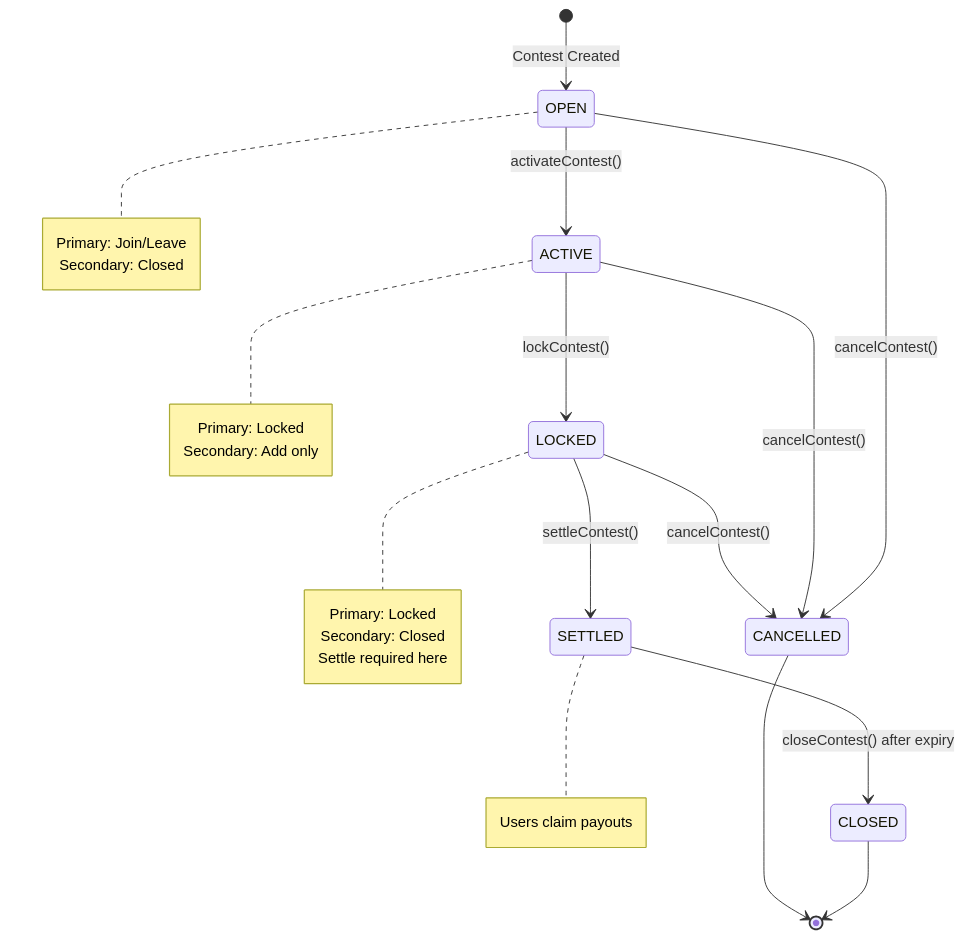
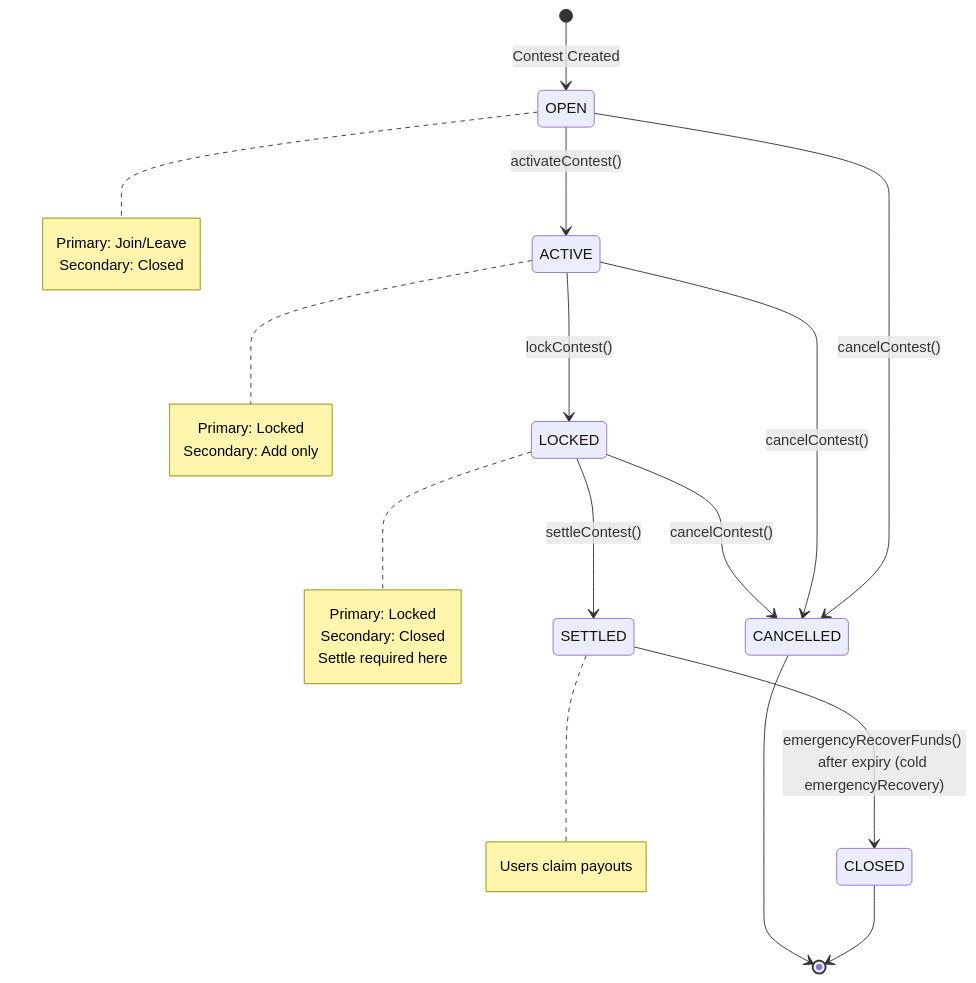
The fifth of 5 diagrams in spec/contracts/data-flow.md (MagRelo/cut), drawn with Mermaid before and after one commit. The commit also changed other lines of this file and 56 other files, not shown here.

First line of the commit message:
Implement emergency recovery role and update related configurations

````diff
--- a/spec/contracts/data-flow.md
+++ b/spec/contracts/data-flow.md
@@ -95,38 +95,38 @@
 ```mermaid
 stateDiagram-v2
     [*] --> OPEN: Contest Created
     
     OPEN --> ACTIVE: activateContest()
     OPEN --> CANCELLED: cancelContest()
     
     ACTIVE --> LOCKED: lockContest()
     ACTIVE --> CANCELLED: cancelContest()
     
     LOCKED --> SETTLED: settleContest()
     LOCKED --> CANCELLED: cancelContest()
     
-    SETTLED --> CLOSED: closeContest() after expiry
+    SETTLED --> CLOSED: emergencyRecoverFunds() after expiry (cold emergencyRecovery)
     
     CLOSED --> [*]
     CANCELLED --> [*]
     
     note right of OPEN
         Primary: Join/Leave
         Secondary: Closed
     end note
     
     note right of ACTIVE
         Primary: Locked
         Secondary: Add only
     end note
     
     note right of LOCKED
         Primary: Locked
         Secondary: Closed
         Settle required here
     end note
     
     note right of SETTLED
         Users claim payouts
     end note
 ```
````
